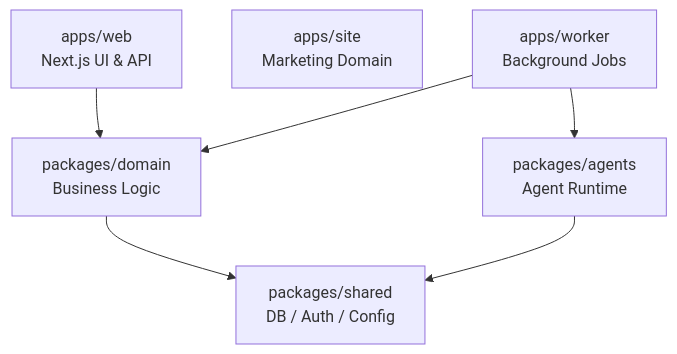
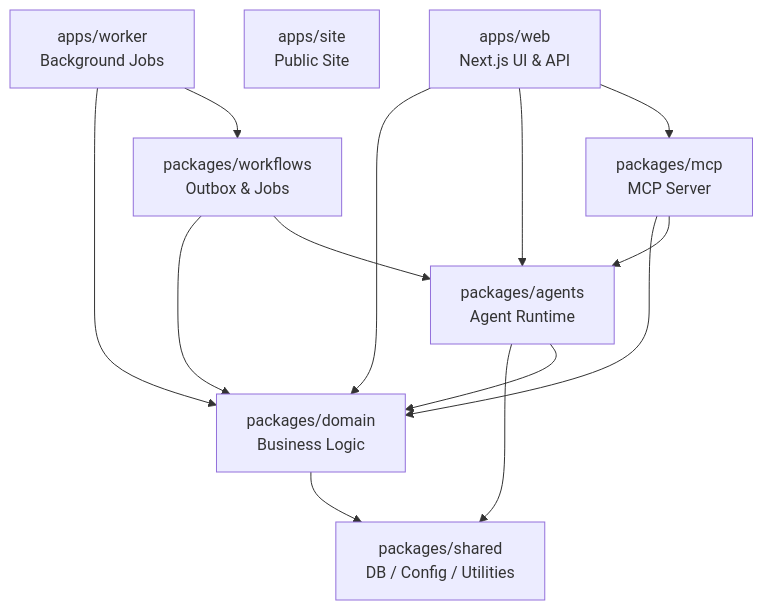
The diagram in docs/architecture.mdx (Corgtexdotcom/corgtex), drawn with Mermaid before and after one commit. The commit also changed other lines of this file, not shown here.

Commit message:
docs: align architecture with current runtime and packages

````diff
--- a/docs/architecture.mdx
+++ b/docs/architecture.mdx
@@ -15,16 +18,25 @@
 ```mermaid
 graph TB
   APP_WEB[apps/web<br/>Next.js UI & API]
-  APP_SITE[apps/site<br/>Marketing Domain]
+  APP_SITE[apps/site<br/>Public Site]
   APP_WORKER[apps/worker<br/>Background Jobs]
 
   PKG_DOMAIN[packages/domain<br/>Business Logic]
   PKG_AGENTS[packages/agents<br/>Agent Runtime]
-  PKG_SHARED[packages/shared<br/>DB / Auth / Config]
+  PKG_WORKFLOWS[packages/workflows<br/>Outbox & Jobs]
+  PKG_MCP[packages/mcp<br/>MCP Server]
+  PKG_SHARED[packages/shared<br/>DB / Config / Utilities]
 
   APP_WEB --> PKG_DOMAIN
+  APP_WEB --> PKG_AGENTS
+  APP_WEB --> PKG_MCP
   APP_WORKER --> PKG_DOMAIN
   PKG_DOMAIN --> PKG_SHARED
   PKG_AGENTS --> PKG_SHARED
-  APP_WORKER --> PKG_AGENTS
+  APP_WORKER --> PKG_WORKFLOWS
+  PKG_WORKFLOWS --> PKG_DOMAIN
+  PKG_WORKFLOWS --> PKG_AGENTS
+  PKG_MCP --> PKG_DOMAIN
+  PKG_MCP --> PKG_AGENTS
+  PKG_AGENTS --> PKG_DOMAIN
 ```
````
